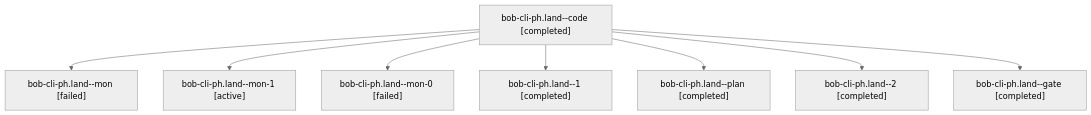
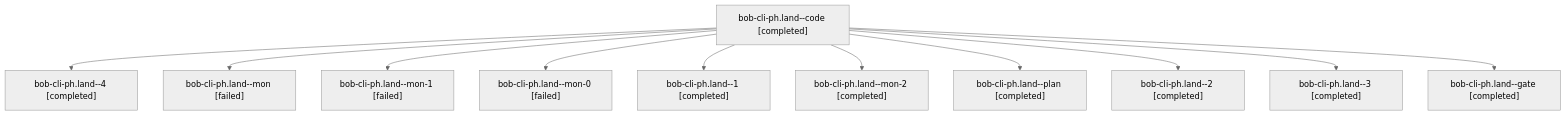
One commit to bobs-org/bob-cli--agents changed the diagram in sessions/bbugyi200.apollo.bob-cli-ph.land.md. Above: the diagram before and after it, drawn with Mermaid (neutral theme). The commit also changed other lines of this file and 232 other files, not shown here.

````diff
--- a/sessions/bbugyi200.apollo.bob-cli-ph.land.md
+++ b/sessions/bbugyi200.apollo.bob-cli-ph.land.md
@@ -9,18 +9,24 @@
 ```mermaid
 flowchart TD
   n0["bob-cli-ph.land--code [completed]"]
-  n1["bob-cli-ph.land--mon [failed]"]
+  n1["bob-cli-ph.land--4 [completed]"]
   n0 --> n1
-  n2["bob-cli-ph.land--mon-1 [active]"]
+  n2["bob-cli-ph.land--mon [failed]"]
   n0 --> n2
-  n3["bob-cli-ph.land--mon-0 [failed]"]
+  n3["bob-cli-ph.land--mon-1 [failed]"]
   n0 --> n3
-  n4["bob-cli-ph.land--1 [completed]"]
+  n4["bob-cli-ph.land--mon-0 [failed]"]
   n0 --> n4
-  n5["bob-cli-ph.land--plan [completed]"]
+  n5["bob-cli-ph.land--1 [completed]"]
   n0 --> n5
-  n6["bob-cli-ph.land--2 [completed]"]
+  n6["bob-cli-ph.land--mon-2 [completed]"]
   n0 --> n6
-  n7["bob-cli-ph.land--gate [completed]"]
+  n7["bob-cli-ph.land--plan [completed]"]
   n0 --> n7
+  n8["bob-cli-ph.land--2 [completed]"]
+  n0 --> n8
+  n9["bob-cli-ph.land--3 [completed]"]
+  n0 --> n9
+  n10["bob-cli-ph.land--gate [completed]"]
+  n0 --> n10
 ```
````
